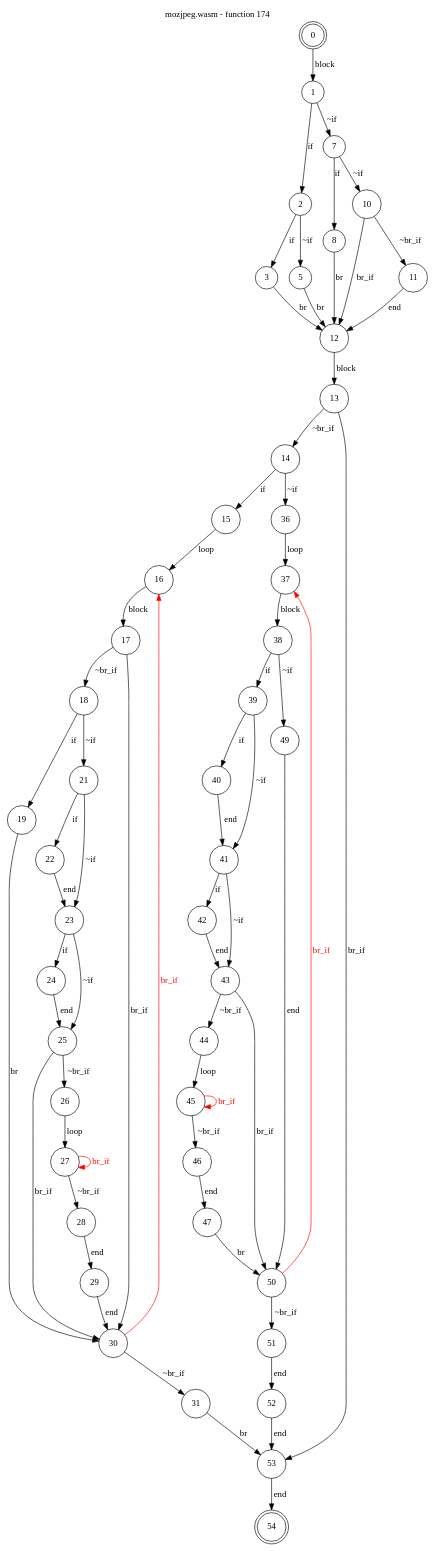
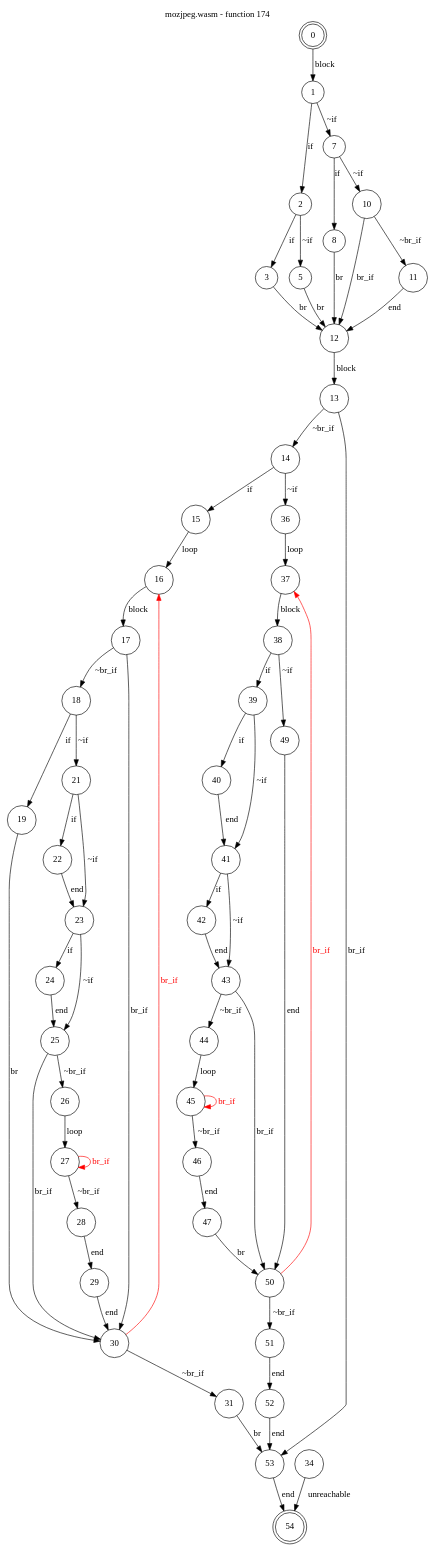
The diagram in test_cases/mozjpeg/funcs/mozjpeg-func174.dot (jsCarleton/wanalyze), drawn with Graphviz before and after one commit. The commit also changed 1054 other files, not shown here.

```diff
--- a/test_cases/mozjpeg/funcs/mozjpeg-func174.dot
+++ b/test_cases/mozjpeg/funcs/mozjpeg-func174.dot
@@ -1,73 +1,74 @@
 digraph finite_state_machine {
     label = "mozjpeg.wasm - function 174"
     labelloc =  t
     labelfontsize = 16
     labelfontcolor = black
     labelfontname = "Helvetica"
     node [shape = doublecircle]; 0 54;
     node [shape = circle];
     0 -> 1[label="block"];
     1 -> 2[label="if"];
     1 -> 7[label="~if"];
     2 -> 3[label="if"];
     2 -> 5[label="~if"];
     3 -> 12[label="br"];
     5 -> 12[label="br"];
     7 -> 8[label="if"];
     7 -> 10[label="~if"];
     8 -> 12[label="br"];
     10 -> 11[label="~br_if"];
     10 -> 12[label="br_if"];
     11 -> 12[label="end"];
     12 -> 13[label="block"];
     13 -> 14[label="~br_if"];
     13 -> 53[label="br_if"];
     14 -> 15[label="if"];
     14 -> 36[label="~if"];
     15 -> 16[label="loop"];
     16 -> 17[label="block"];
     17 -> 18[label="~br_if"];
     17 -> 30[label="br_if"];
     18 -> 19[label="if"];
     18 -> 21[label="~if"];
     19 -> 30[label="br"];
     21 -> 22[label="if"];
     21 -> 23[label="~if"];
     22 -> 23[label="end"];
     23 -> 24[label="if"];
     23 -> 25[label="~if"];
     24 -> 25[label="end"];
     25 -> 26[label="~br_if"];
     25 -> 30[label="br_if"];
     26 -> 27[label="loop"];
     27 -> 28[label="~br_if"];
     27 -> 27[color="red" fontcolor="red" label="br_if"];
     28 -> 29[label="end"];
     29 -> 30[label="end"];
     30 -> 31[label="~br_if"];
     30 -> 16[color="red" fontcolor="red" label="br_if"];
     31 -> 53[label="br"];
+    34 -> 54[label="unreachable"];
     36 -> 37[label="loop"];
     37 -> 38[label="block"];
     38 -> 39[label="if"];
     38 -> 49[label="~if"];
     39 -> 40[label="if"];
     39 -> 41[label="~if"];
     40 -> 41[label="end"];
     41 -> 42[label="if"];
     41 -> 43[label="~if"];
     42 -> 43[label="end"];
     43 -> 44[label="~br_if"];
     43 -> 50[label="br_if"];
     44 -> 45[label="loop"];
     45 -> 46[label="~br_if"];
     45 -> 45[color="red" fontcolor="red" label="br_if"];
     46 -> 47[label="end"];
     47 -> 50[label="br"];
     49 -> 50[label="end"];
     50 -> 51[label="~br_if"];
     50 -> 37[color="red" fontcolor="red" label="br_if"];
     51 -> 52[label="end"];
     52 -> 53[label="end"];
     53 -> 54[label="end"];
 }
```
